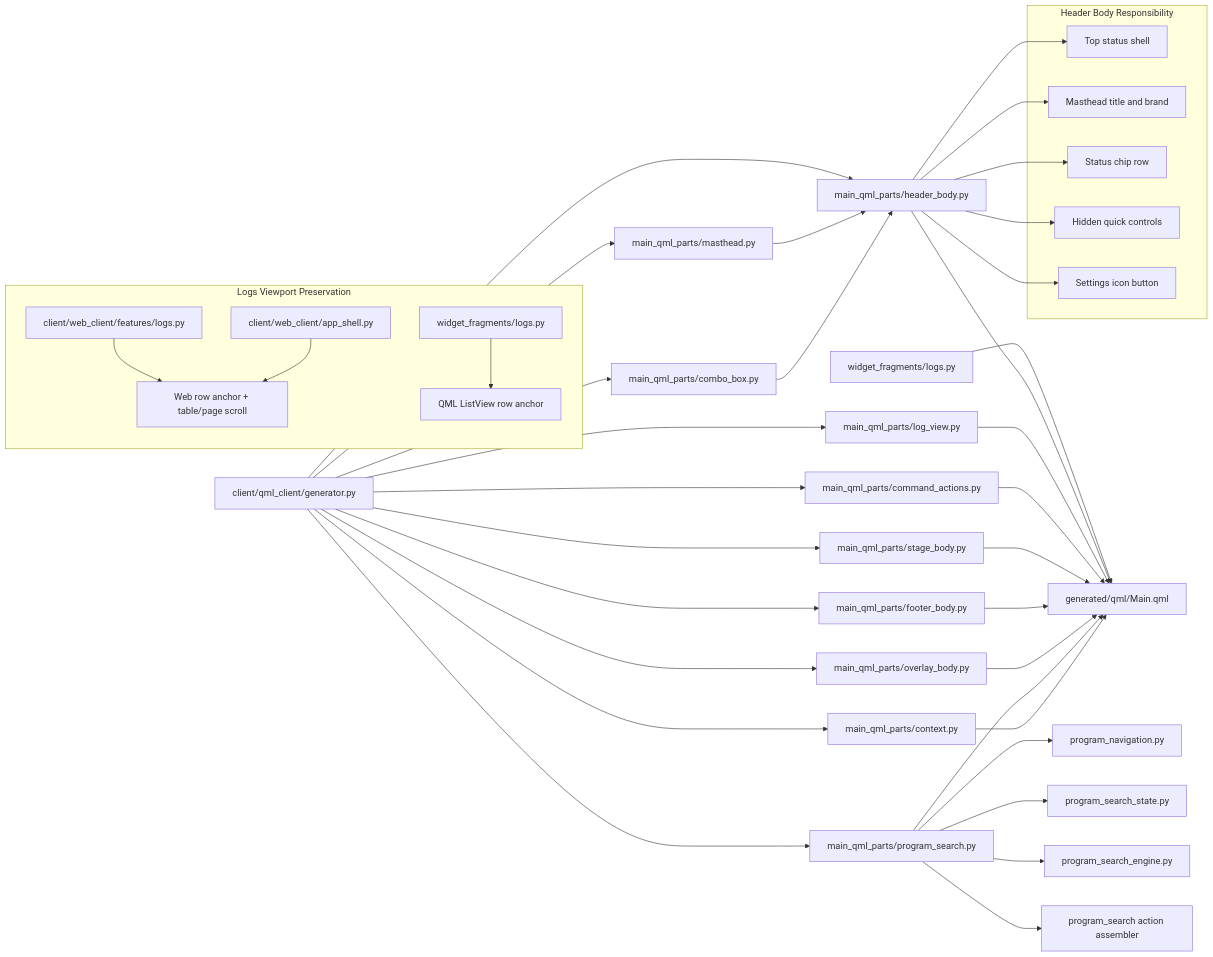
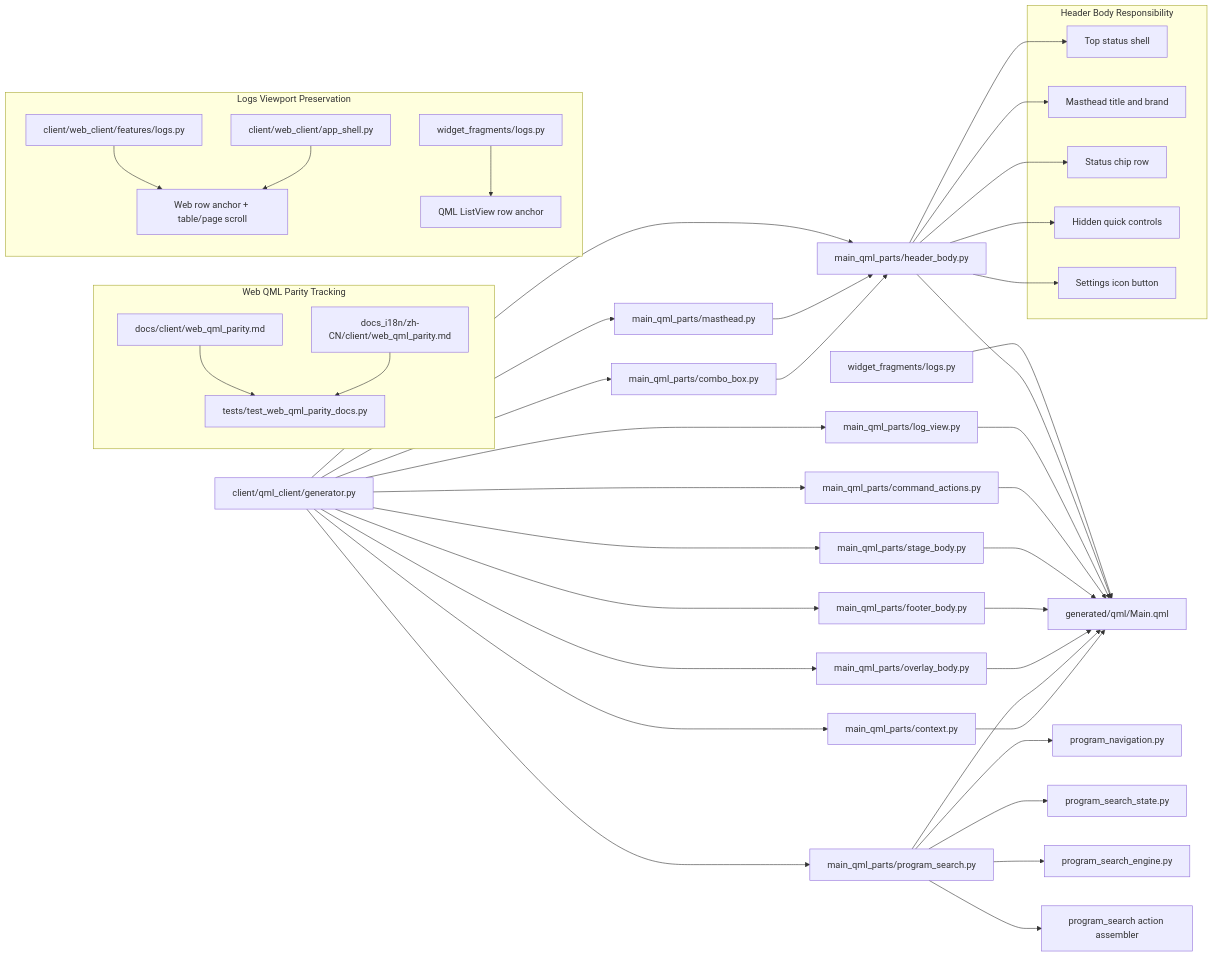
The diagram in 2026-05-11-codex-session/architecture-diagram.md (luppiterw/metanc_hmi_dsl_reports), drawn with Mermaid before and after one commit. The commit also changed 17 other files, not shown here.

````diff
--- a/2026-05-11-codex-session/architecture-diagram.md
+++ b/2026-05-11-codex-session/architecture-diagram.md
@@ -3,52 +3,60 @@
 ```mermaid
 flowchart LR
     G[client/qml_client/generator.py]
     G --> H[main_qml_parts/header_body.py]
     G --> S[main_qml_parts/stage_body.py]
     G --> F[main_qml_parts/footer_body.py]
     G --> O[main_qml_parts/overlay_body.py]
     G --> C[main_qml_parts/context.py]
     G --> M[main_qml_parts/masthead.py]
     G --> CB[main_qml_parts/combo_box.py]
     G --> PS[main_qml_parts/program_search.py]
     G --> LV[main_qml_parts/log_view.py]
     G --> CA[main_qml_parts/command_actions.py]
     WG[widget_fragments/logs.py] --> QML
     PS --> PN[program_navigation.py]
     PS --> PSS[program_search_state.py]
     PS --> PSE[program_search_engine.py]
     PS --> PSA[program_search action assembler]
     H --> QML[generated/qml/Main.qml]
     LV --> QML
     CA --> QML
     S --> QML
     F --> QML
     O --> QML
     PS --> QML
     C --> QML
     M --> H
     CB --> H
 
+    subgraph Web QML Parity Tracking
+        PARDOC[docs/client/web_qml_parity.md]
+        PARZH[docs_i18n/zh-CN/client/web_qml_parity.md]
+        PARTST[tests/test_web_qml_parity_docs.py]
+        PARDOC --> PARTST
+        PARZH --> PARTST
+    end
+
     subgraph Header Body Responsibility
         H1[Top status shell]
         H2[Masthead title and brand]
         H3[Status chip row]
         H4[Hidden quick controls]
         H5[Settings icon button]
     end
 
     H --> H1
     H --> H2
     H --> H3
     H --> H4
     H --> H5
 
     subgraph Logs Viewport Preservation
         WLOG[client/web_client/features/logs.py]
         WSHELL[client/web_client/app_shell.py]
         QLOG[widget_fragments/logs.py]
         WLOG --> WANCHOR[Web row anchor + table/page scroll]
         WSHELL --> WANCHOR
         QLOG --> QANCHOR[QML ListView row anchor]
     end
 ```
````
